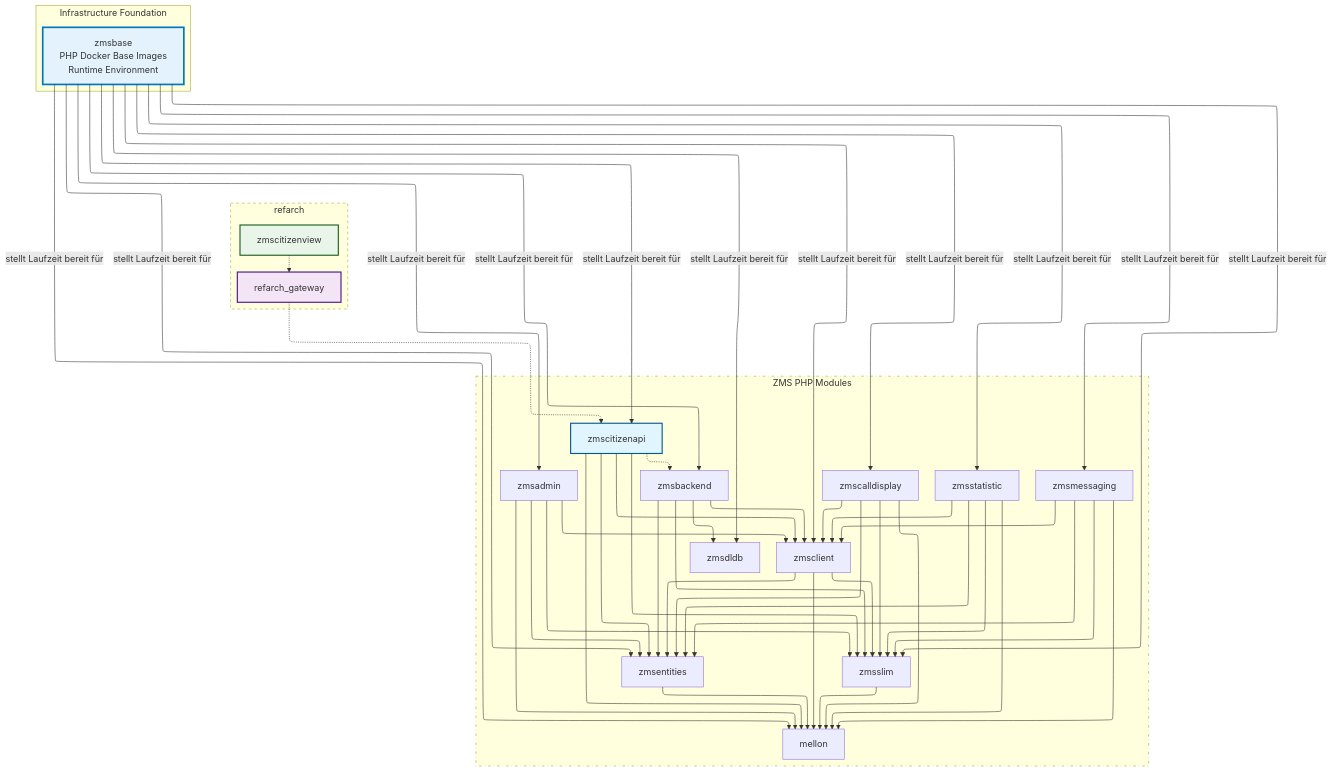
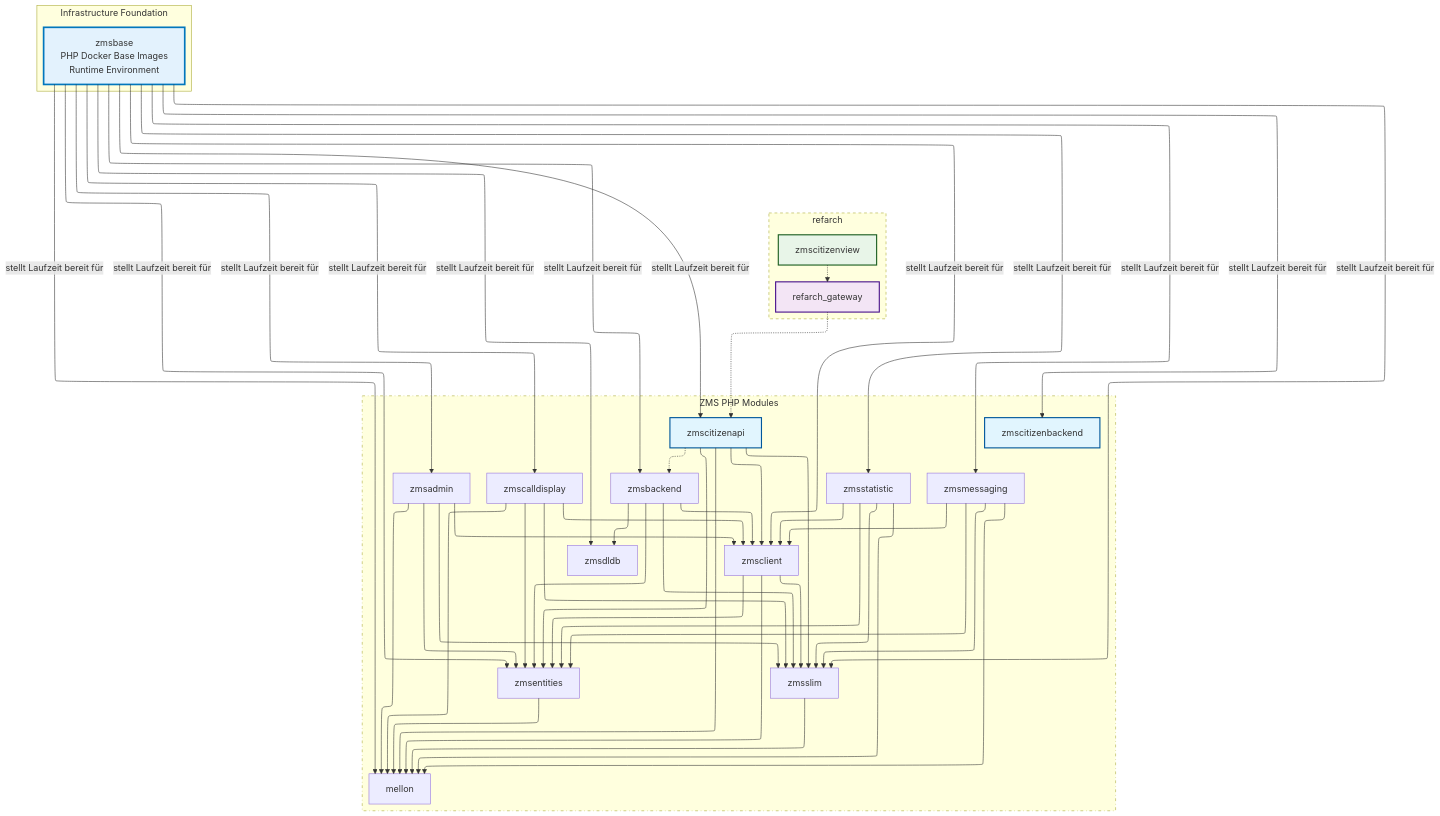
Before and after one commit to it-at-m/eappointment: the diagram in docs/de/setup-and-development/php-base-images.md, drawn with Mermaid. The commit also changed 27 other files, not shown here.

````diff
--- a/docs/de/setup-and-development/php-base-images.md
+++ b/docs/de/setup-and-development/php-base-images.md
@@ -106,6 +106,7 @@
     PHPBASE -->|stellt Laufzeit bereit für| zmsdldb
     PHPBASE -->|stellt Laufzeit bereit für| mellon
     PHPBASE -->|stellt Laufzeit bereit für| zmscitizenapi
+    PHPBASE -->|stellt Laufzeit bereit für| zmscitizenbackend
 
     subgraph refarch["refarch"]
         style refarch stroke-dasharray:5
@@ -126,6 +127,7 @@
         zmsdldb
         mellon
         zmscitizenapi
+        zmscitizenbackend
     end
 
     classDef foundation fill:#e3f2fd,stroke:#0277bd,stroke-width:3px
@@ -135,6 +137,7 @@
 
     class PHPBASE foundation
     class zmscitizenapi citizenapi
+    class zmscitizenbackend citizenapi
     class refarch_gateway gateway
     class zmscitizenview citizenview
 ```
````
